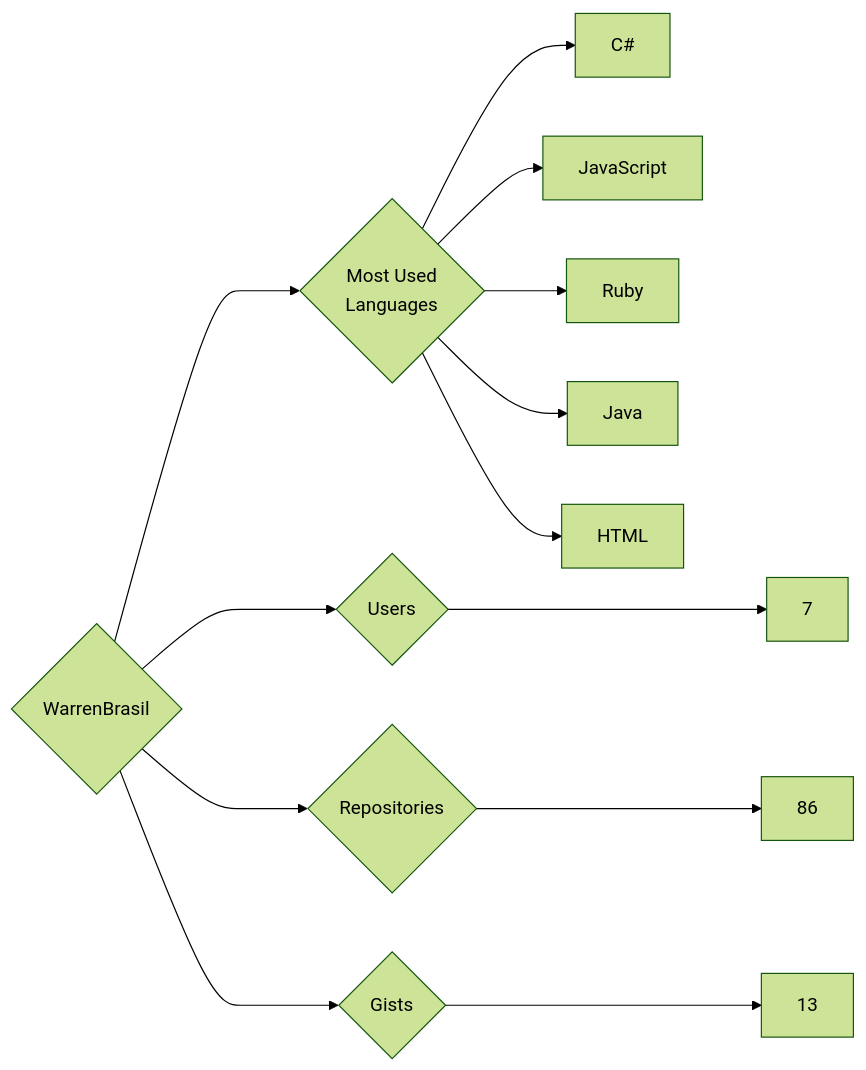
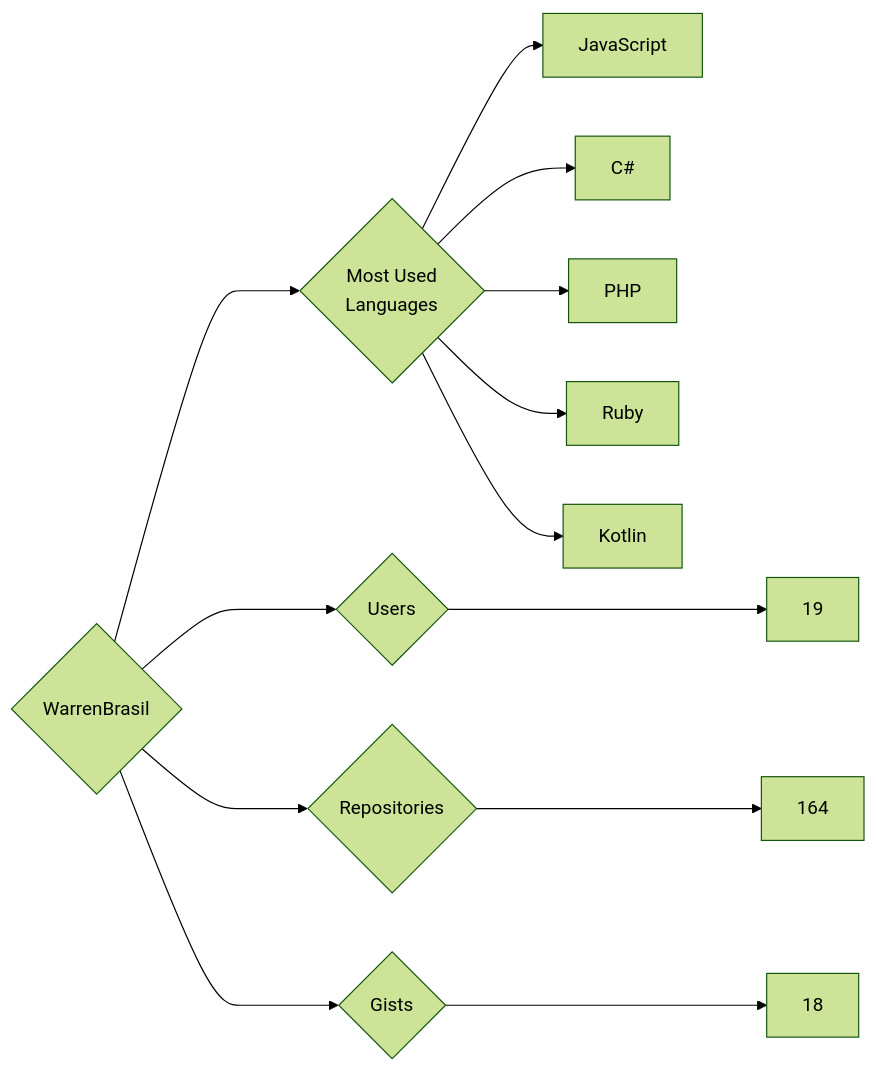
Before and after one commit to trickest/insiders: the diagram in targets/WarrenBrasil/README.md, drawn with Mermaid (forest theme). The commit also changed 1696 other files, not shown here.

````diff
--- a/targets/WarrenBrasil/README.md
+++ b/targets/WarrenBrasil/README.md
@@ -3,13 +3,13 @@
 ```mermaid
 graph LR
 COMPANY_NAME{WarrenBrasil}
-COMPANY_NAME ---> U{Users} ---> UN[7]
-COMPANY_NAME ---> R{Repositories} ---> RN[86]
-COMPANY_NAME ---> G{Gists} ---> GN[13]
+COMPANY_NAME ---> U{Users} ---> UN[19]
+COMPANY_NAME ---> R{Repositories} ---> RN[164]
+COMPANY_NAME ---> G{Gists} ---> GN[18]
 COMPANY_NAME ---> ML{Most Used<br>Languages}
+ML --> JavaScript[JavaScript]
 ML --> C#[C#]
-ML --> JavaScript[JavaScript]
+ML --> PHP[PHP]
 ML --> Ruby[Ruby]
-ML --> Java[Java]
-ML --> HTML[HTML]
+ML --> Kotlin[Kotlin]
 ```
````
